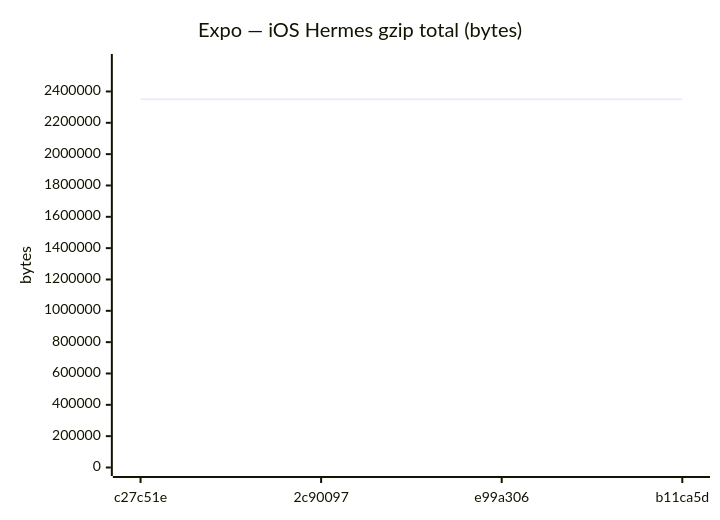
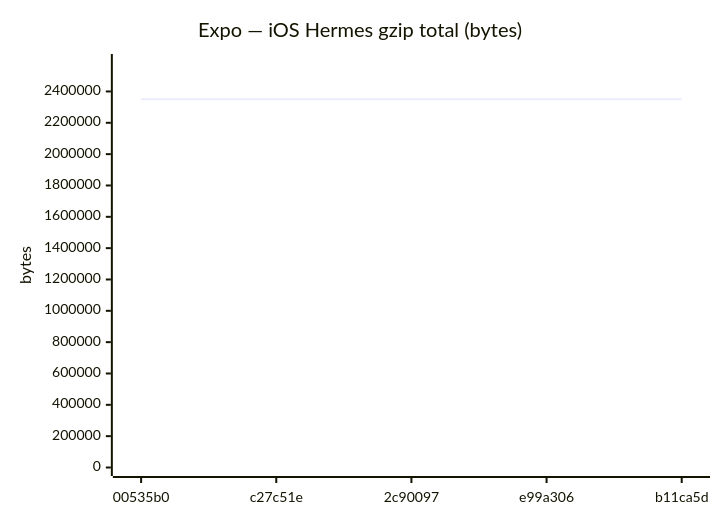
One commit to Metaheurist/Rianell changed diagram 16 of 24 in benchmarks/compare.md. Above: the diagram before and after it, drawn with Mermaid. The commit also changed other lines of this file and 12 other files, not shown here.

````diff
--- a/benchmarks/compare.md
+++ b/benchmarks/compare.md
@@ -200,7 +208,7 @@
 ```mermaid
 xychart-beta
     title "Expo — iOS Hermes gzip total (bytes)"
-    x-axis ["c27c51e", "2c90097", "e99a306", "b11ca5d"]
+    x-axis ["00535b0", "c27c51e", "2c90097", "e99a306", "b11ca5d"]
     y-axis "bytes" 0 --> 2584856
-    line [2349864, 2349868, 2349869, 2349865]
+    line [2349868, 2349864, 2349868, 2349869, 2349865]
 ```
````
